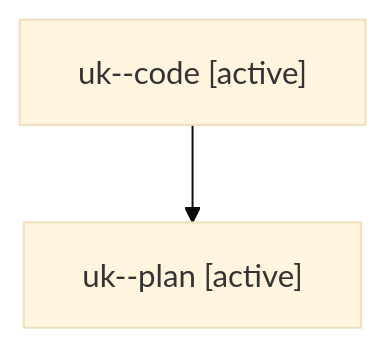
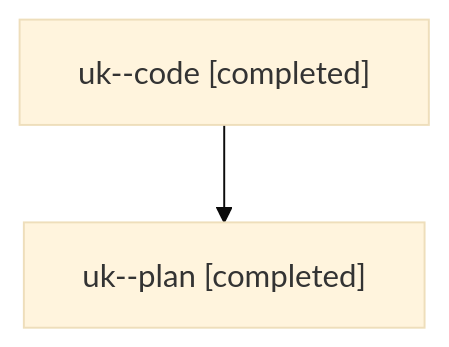
Before and after one commit to sase-org/sase--agents: the diagram in families/bbugyi200.athena.uk.md, drawn with Mermaid (base theme). The commit also changed other lines of this file and 24 other files, not shown here.

````diff
--- a/families/bbugyi200.athena.uk.md
+++ b/families/bbugyi200.athena.uk.md
@@ -9,6 +9,6 @@
 ```mermaid
 flowchart TD
-  n0["uk--code [active]"]
-  n1["uk--plan [active]"]
+  n0["uk--code [completed]"]
+  n1["uk--plan [completed]"]
   n0 --> n1
 ```
````
